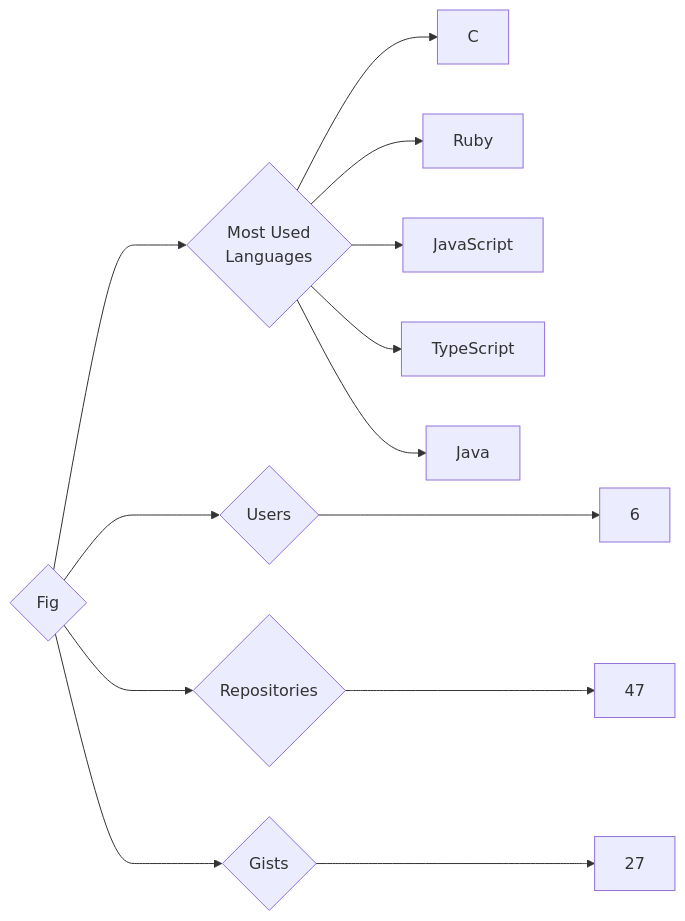
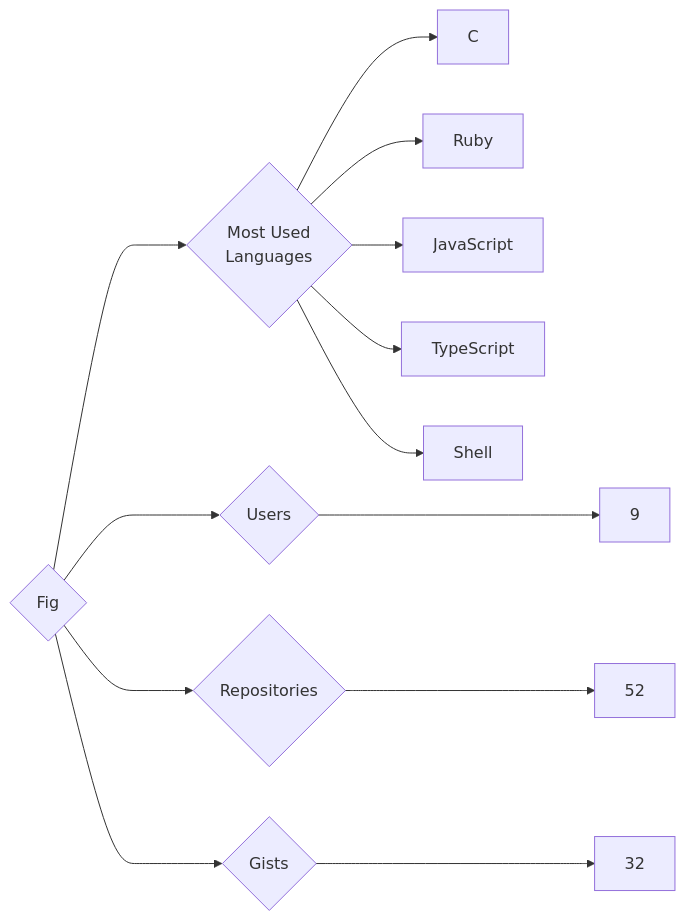
Before and after one commit to trickest/insiders: the diagram in targets/Fig/README.md, drawn with Mermaid. The commit also changed 873 other files, not shown here.

````diff
--- a/targets/Fig/README.md
+++ b/targets/Fig/README.md
@@ -3,13 +3,13 @@
 ```mermaid
 graph LR
 COMPANY_NAME{Fig}
-COMPANY_NAME ---> U{Users} ---> UN[6]
-COMPANY_NAME ---> R{Repositories} ---> RN[47]
-COMPANY_NAME ---> G{Gists} ---> GN[27]
+COMPANY_NAME ---> U{Users} ---> UN[9]
+COMPANY_NAME ---> R{Repositories} ---> RN[52]
+COMPANY_NAME ---> G{Gists} ---> GN[32]
 COMPANY_NAME ---> ML{Most Used<br>Languages}
 ML --> C[C]
 ML --> Ruby[Ruby]
 ML --> JavaScript[JavaScript]
 ML --> TypeScript[TypeScript]
-ML --> Java[Java]
+ML --> Shell[Shell]
 ```
````
